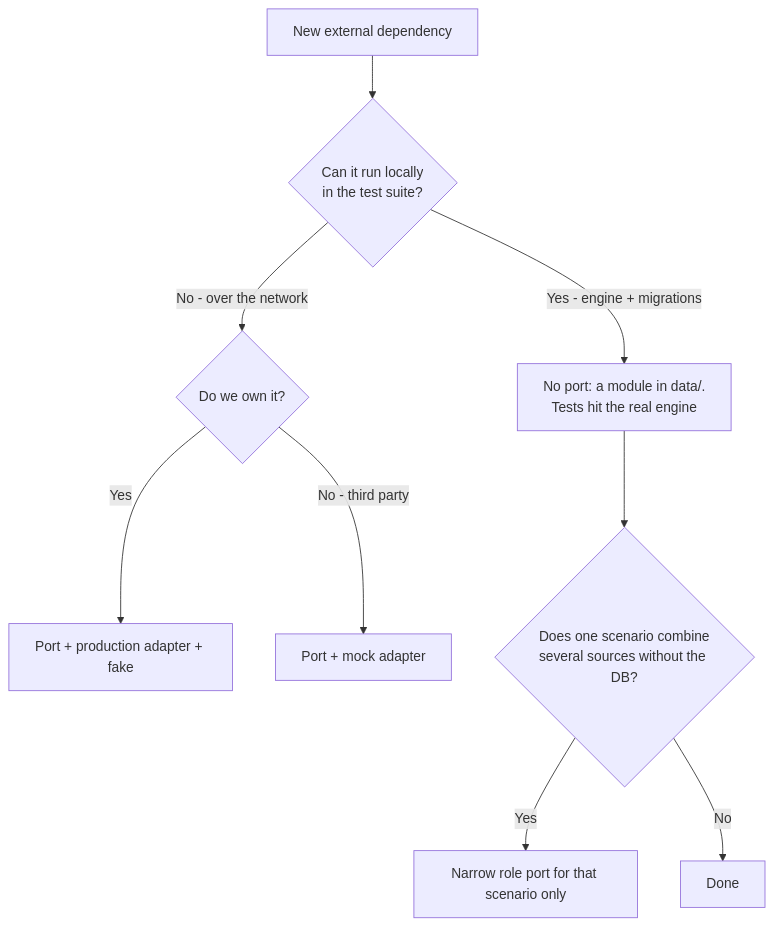
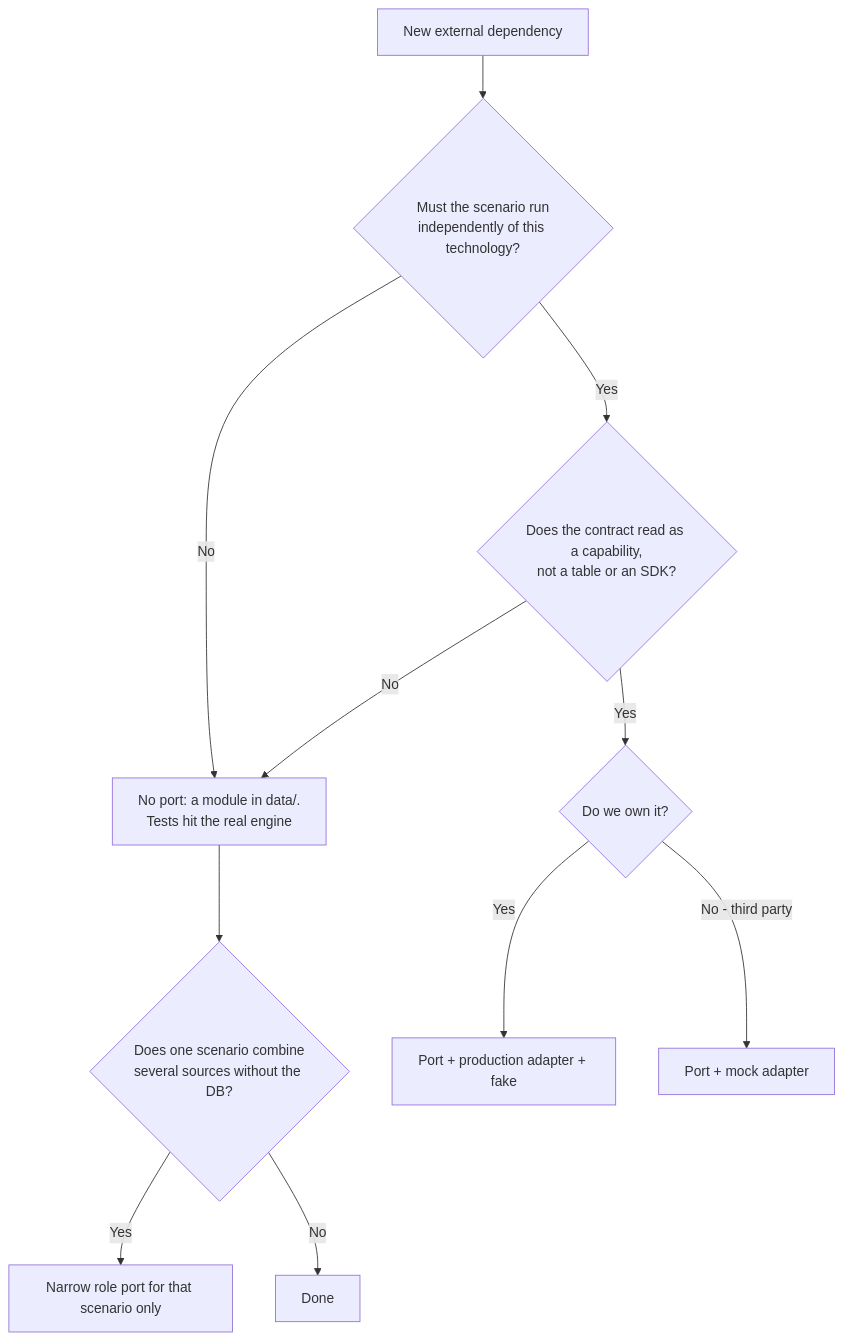
One commit to clicktronix/nextjs-clean-skills changed the second of 5 diagrams in docs/agent-decision-maps.md. Above: the diagram before and after it, drawn with Mermaid. The commit also changed other lines of this file and 9 other files, not shown here.

````diff
--- a/docs/agent-decision-maps.md
+++ b/docs/agent-decision-maps.md
@@ -32,11 +32,13 @@
 ```mermaid
 flowchart TD
-  Dep["New external dependency"] --> Cat{"Can it run locally\nin the test suite?"}
-  Cat -->|"Yes - engine + migrations"| NoPort["No port: a module in data/.\nTests hit the real engine"]
-  Cat -->|"No - over the network"| Owned{"Do we own it?"}
+  Dep["New external dependency"] --> Cap{"Must the scenario run\nindependently of this technology?"}
+  Cap -->|No| NoPort["No port: a module in data/.\nTests hit the real engine"]
+  Cap -->|Yes| Shape{"Does the contract read as a capability,\nnot a table or an SDK?"}
+  Shape -->|No| NoPort
+  Shape -->|Yes| Owned{"Do we own it?"}
   Owned -->|Yes| Port["Port + production adapter + fake"]
   Owned -->|"No - third party"| Mock["Port + mock adapter"]
   NoPort --> Orchestrate{"Does one scenario combine\nseveral sources without the DB?"}
   Orchestrate -->|Yes| Narrow["Narrow role port for that scenario only"]
   Orchestrate -->|No| Done["Done"]
 ```
````
